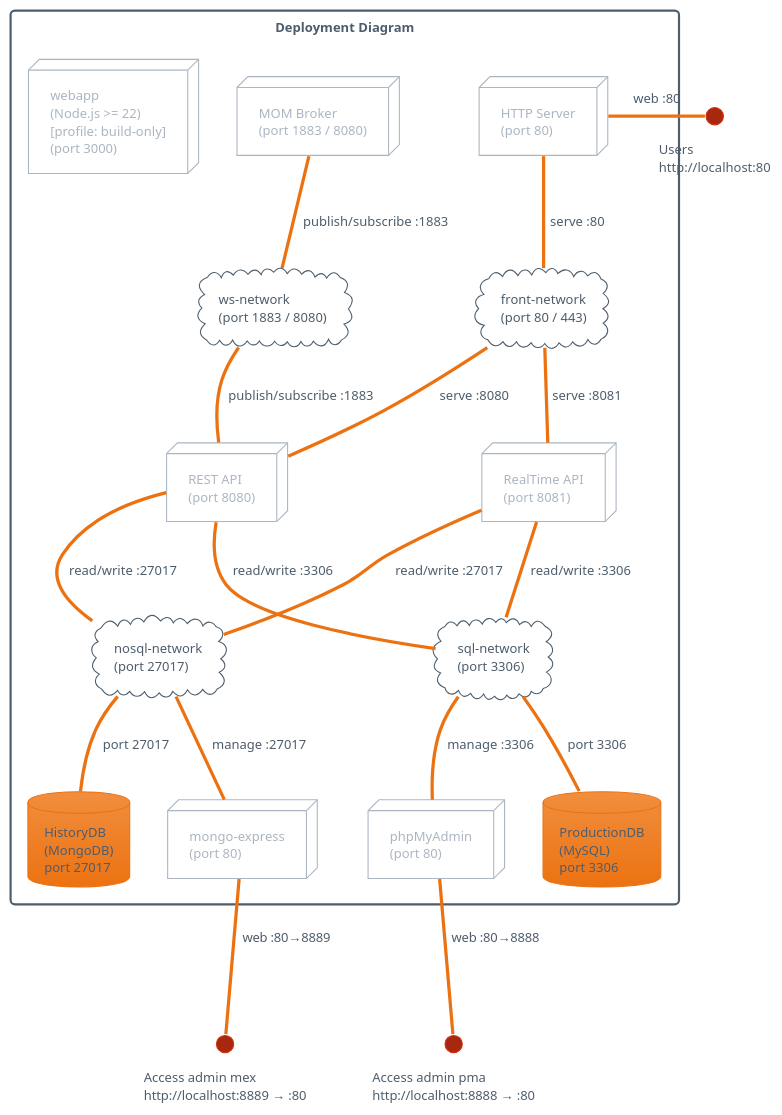
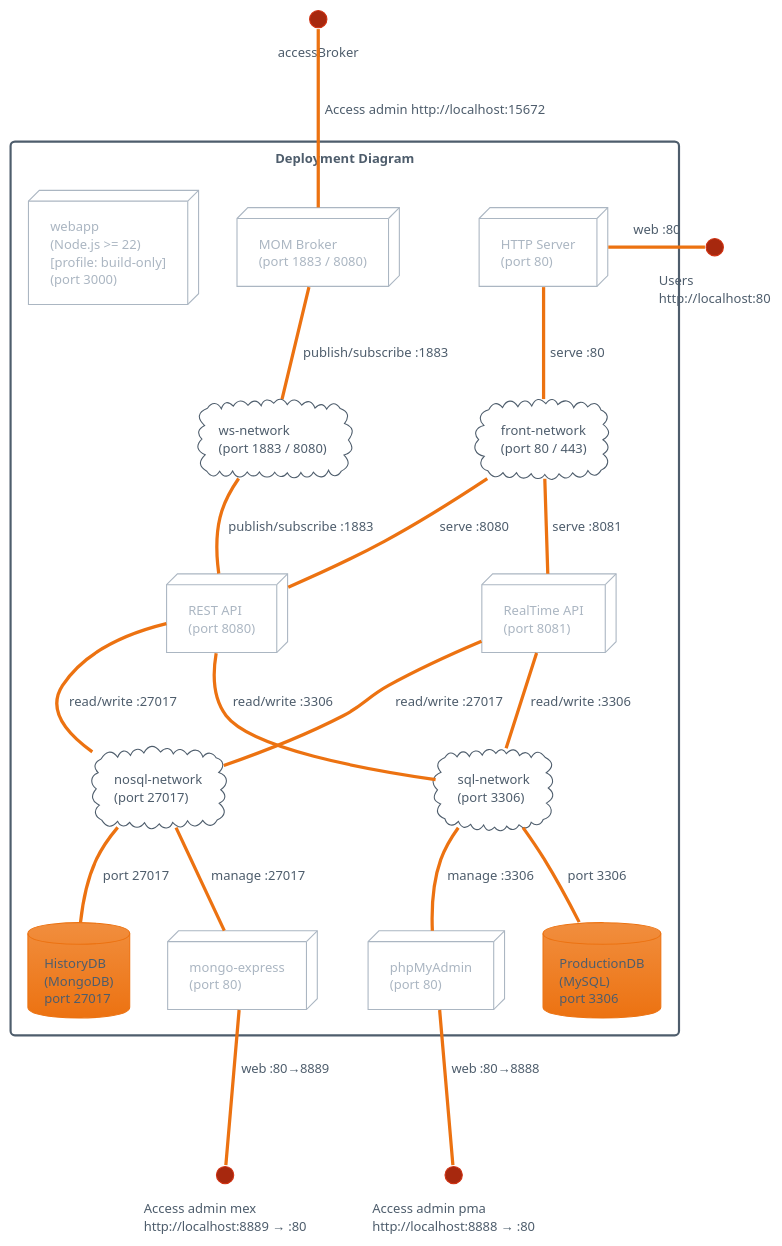
One commit to tatannjs/LogisticoTrain changed the first of 2 diagrams in deployement.pu. Above: the diagram before and after it, drawn with PlantUML. The commit also changed other lines of this file, not shown here.

Commit message:
[EDIT] UML Diagramm

```diff
--- a/deployement.pu
+++ b/deployement.pu
@@ -1,53 +1,53 @@
 @startuml deployement
 !theme aws-orange
 
 rectangle "Deployment Diagram" {
     database "ProductionDB\n(MySQL)\nport 3306" as sqldatabase
     database "HistoryDB\n(MongoDB)\nport 27017" as nosqldatabase
 
     cloud "sql-network\n(port 3306)" as sqlnet
     cloud "nosql-network\n(port 27017)" as nosqlnet
     cloud "ws-network\n(port 1883 / 8080)" as wsnet
     cloud "front-network\n(port 80 / 443)" as frontnet
 
     node "MOM Broker\n(port 1883 / 8080)" as broker 
     node "HTTP Server\n(port 80)" as front
     node "webapp\n(Node.js >= 22)\n[profile: build-only]\n(port 3000)" as webappbuild
     node "phpMyAdmin\n(port 80)" as pma
     node "mongo-express\n(port 80)" as mex
     node "REST API\n(port 8080)" as restapi
     node "RealTime API\n(port 8081)" as wsapi
 }
 
 circle "Users\nhttp://localhost:80" as users
 circle "Access admin pma\nhttp://localhost:8888 → :80" as accesspma
 circle "Access admin mex\nhttp://localhost:8889 → :80" as accessmex
 
 ' --- Frontend connections ---
 front -down- frontnet : serve :80
 frontnet -down- wsapi : serve :8081
 frontnet -down- restapi : serve :8080
 
 ' --- Databases ---
 sqlnet -down- sqldatabase : port 3306
 nosqlnet -down- nosqldatabase : port 27017
 
 ' --- APIs access databases ---
 wsapi -down- sqlnet : read/write :3306
 wsapi -down- nosqlnet : read/write :27017
 restapi -down- sqlnet : read/write :3306
 restapi -down- nosqlnet : read/write :27017
 
 ' --- Messaging ---
 restapi -up- wsnet : publish/subscribe :1883
 wsnet -up- broker : publish/subscribe :1883
+broker -up- accessBroker : Access admin http://localhost:15672
 
 ' --- Admin tools ---
 pma -up- sqlnet : manage :3306
 mex -up- nosqlnet : manage :27017
 
 pma -down- accesspma : web :80→8888
 mex -down- accessmex : web :80→8889
 front -right- users : web :80
-
 @enduml
```
